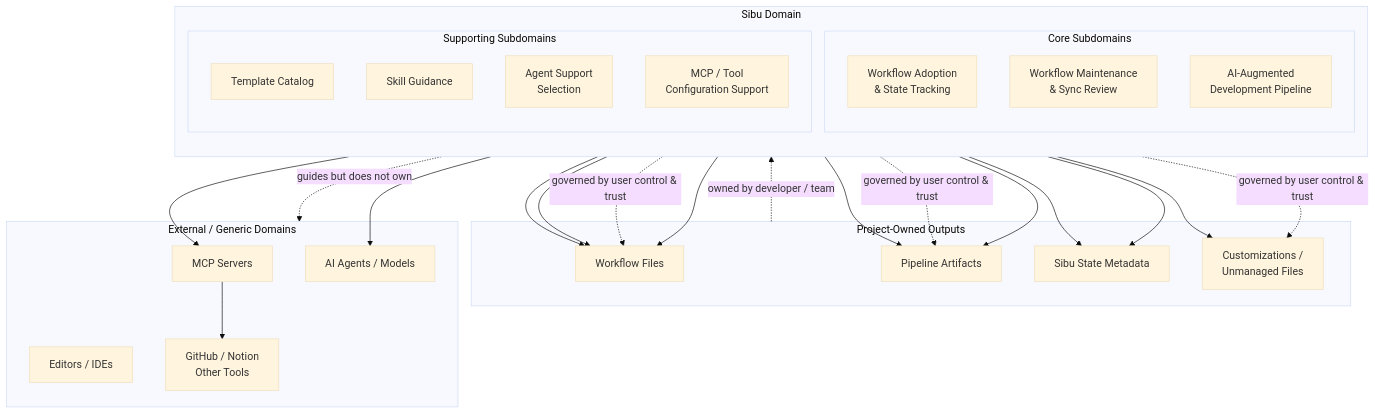
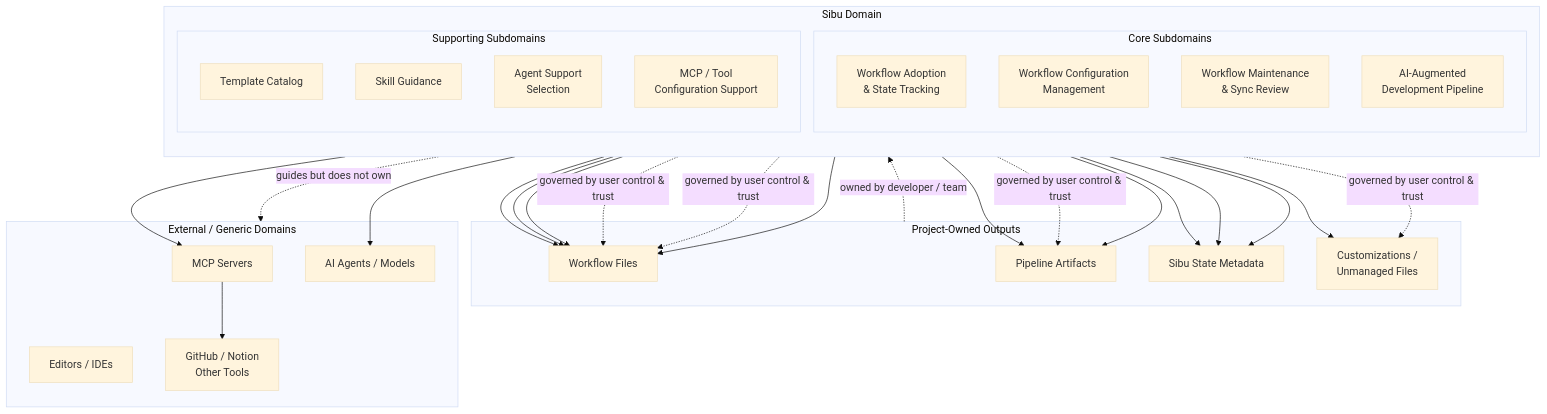
One commit to juank11memphis/ai-augmented-workflow changed the diagram in docs/business-domain-model.md. Above: the diagram before and after it, drawn with Mermaid (base theme). The commit also changed other lines of this file and 23 other files, not shown here.

Commit message:
refactor: add workflow configuration manager

````diff
--- a/docs/business-domain-model.md
+++ b/docs/business-domain-model.md
@@ -110,59 +111,64 @@
 ```mermaid
 flowchart TB
   subgraph SibuDomain["Sibu Domain"]
     direction TB
 
     subgraph Core["Core Subdomains"]
       Adoption["Workflow Adoption
 & State Tracking"]
+      Configuration["Workflow Configuration
+Management"]
       Maintenance["Workflow Maintenance
 & Sync Review"]
       Pipeline["AI-Augmented
 Development Pipeline"]
     end
 
     subgraph Supporting["Supporting Subdomains"]
       Templates["Template Catalog"]
       Skills["Skill Guidance"]
       AgentSupport["Agent Support
 Selection"]
       McpConfig["MCP / Tool
 Configuration Support"]
     end
   end
 
   subgraph ProjectOwned["Project-Owned Outputs"]
     WorkflowFiles["Workflow Files"]
     Artifacts["Pipeline Artifacts"]
     State["Sibu State Metadata"]
     LocalChoices["Customizations /
 Unmanaged Files"]
   end
 
   subgraph External["External / Generic Domains"]
     McpServers["MCP Servers"]
     AiAgents["AI Agents / Models"]
     Editors["Editors / IDEs"]
     Tools["GitHub / Notion
 Other Tools"]
   end
 
   Adoption --> State
   Adoption --> WorkflowFiles
+  Configuration --> WorkflowFiles
+  Configuration --> State
   Maintenance --> WorkflowFiles
   Maintenance --> State
   Maintenance --> LocalChoices
   Pipeline --> Artifacts
   Adoption -. governed by user control & trust .-> WorkflowFiles
+  Configuration -. governed by user control & trust .-> WorkflowFiles
   Maintenance -. governed by user control & trust .-> LocalChoices
   Pipeline -. governed by user control & trust .-> Artifacts
 
   Templates --> WorkflowFiles
   Skills --> Artifacts
   AgentSupport --> AiAgents
   McpConfig --> McpServers
   McpServers --> Tools
 
   SibuDomain -. guides but does not own .-> External
   ProjectOwned -. owned by developer / team .-> SibuDomain
 ```
````
